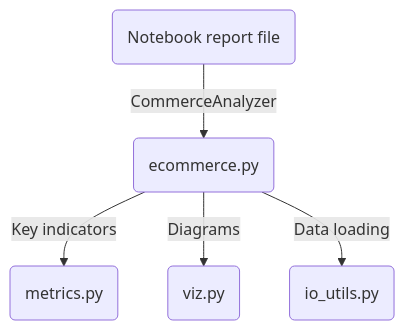
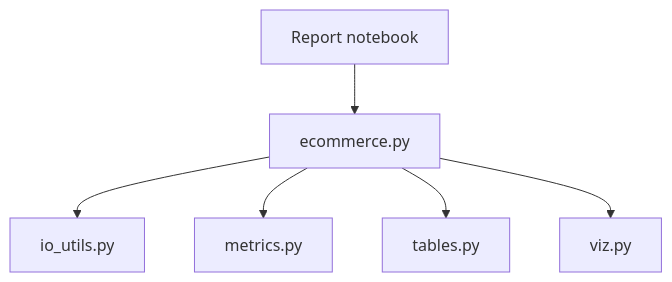
The diagram in README.md (jmsedl22/grupp-2-ehandel), drawn with Mermaid before and after one commit. The commit also changed other lines of this file and 7 other files, not shown here.

````diff
--- a/README.md
+++ b/README.md
@@ -64,8 +57,8 @@
 ```mermaid
 flowchart TD
-    N("Notebook report file") -->|CommerceAnalyzer| E("ecommerce.py")
-    
-    E -->|Key indicators| M("metrics.py")
-    E -->|Diagrams| V("viz.py")
-    E -->|Data loading| IO("io_utils.py")
+    N["Report notebook"] --> E["ecommerce.py"]
+    E --> IO["io_utils.py"]
+    E --> M["metrics.py"]
+    E --> T["tables.py"]
+    E --> V["viz.py"]
 ```
````
